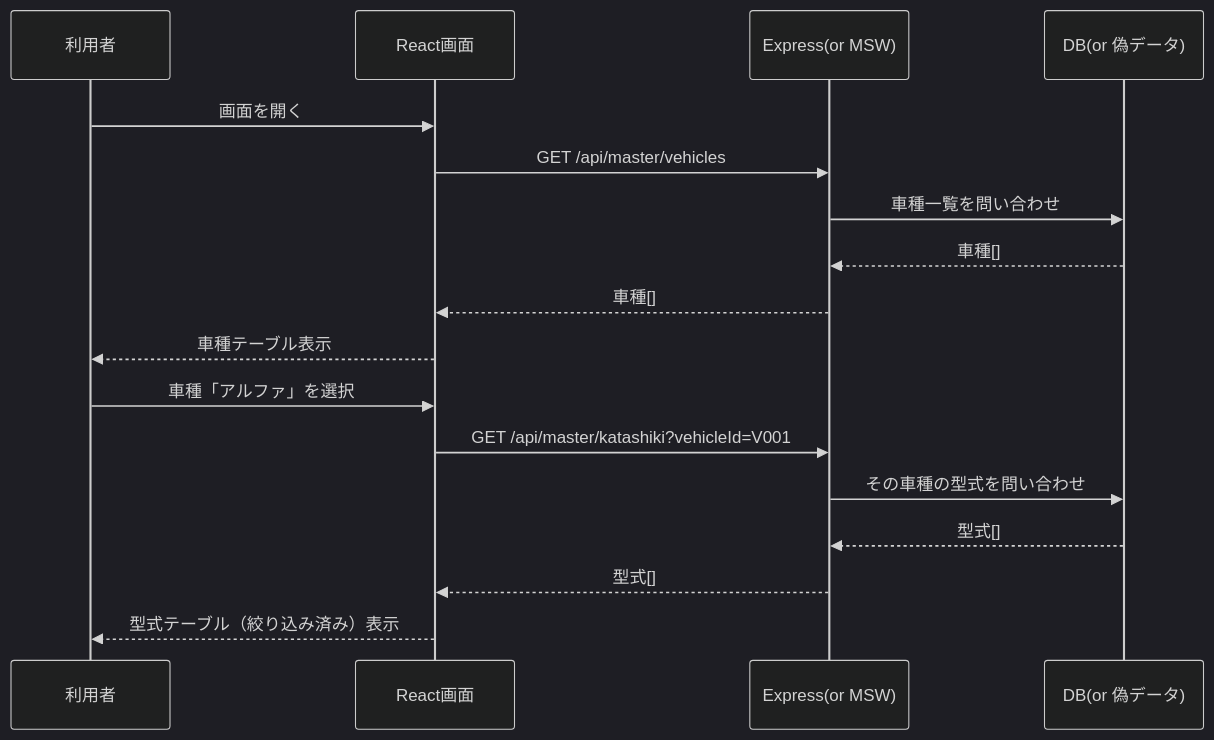
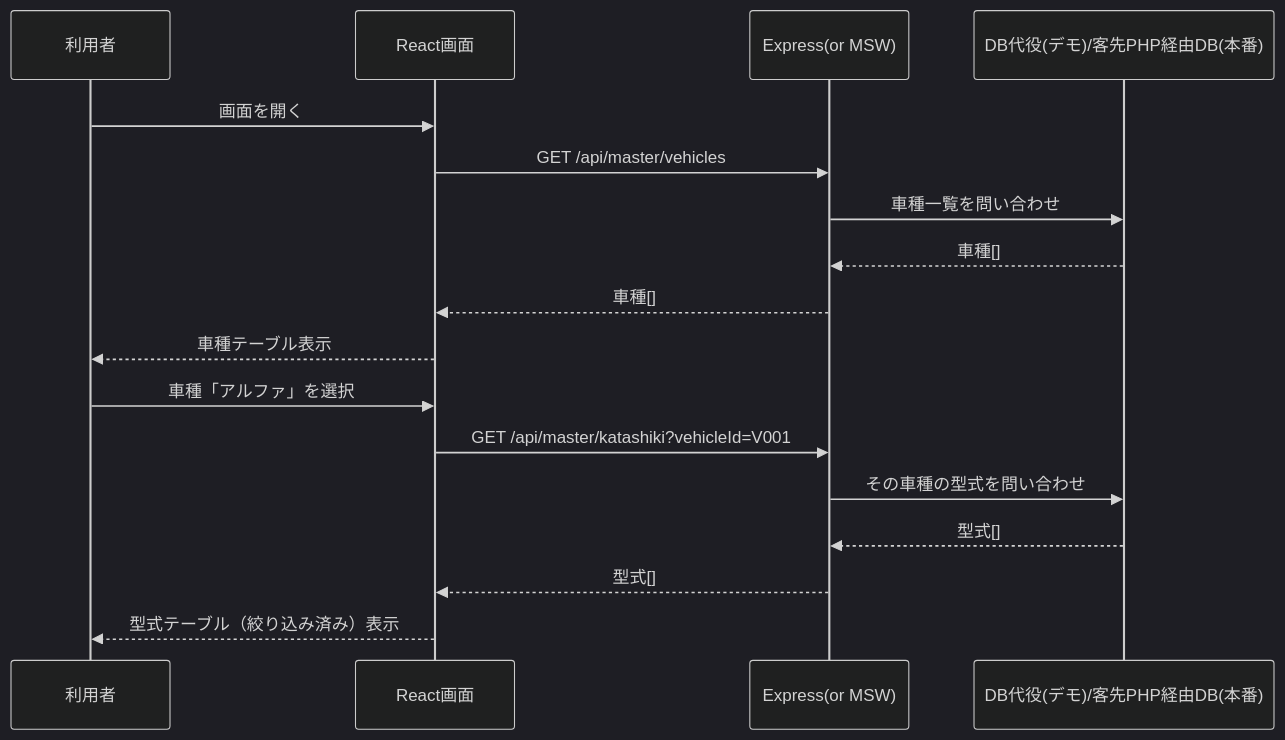
Before and after one commit to katsya1117/dmt: the fifth of 5 diagrams in docs/システム全体図.md, drawn with Mermaid (dark theme). The commit also changed other lines of this file and 11 other files, not shown here.

````diff
--- a/docs/システム全体図.md
+++ b/docs/システム全体図.md
@@ -111,19 +113,19 @@
 ```mermaid
 sequenceDiagram
   participant U as 利用者
   participant R as React画面
   participant E as Express(or MSW)
-  participant D as DB(or 偽データ)
+  participant D as DB代役(デモ)/客先PHP経由DB(本番)
   U->>R: 画面を開く
   R->>E: GET /api/master/vehicles
   E->>D: 車種一覧を問い合わせ
   D-->>E: 車種[]
   E-->>R: 車種[]
   R-->>U: 車種テーブル表示
   U->>R: 車種「アルファ」を選択
   R->>E: GET /api/master/katashiki?vehicleId=V001
   E->>D: その車種の型式を問い合わせ
   D-->>E: 型式[]
   E-->>R: 型式[]
   R-->>U: 型式テーブル（絞り込み済み）表示
 ```
````
